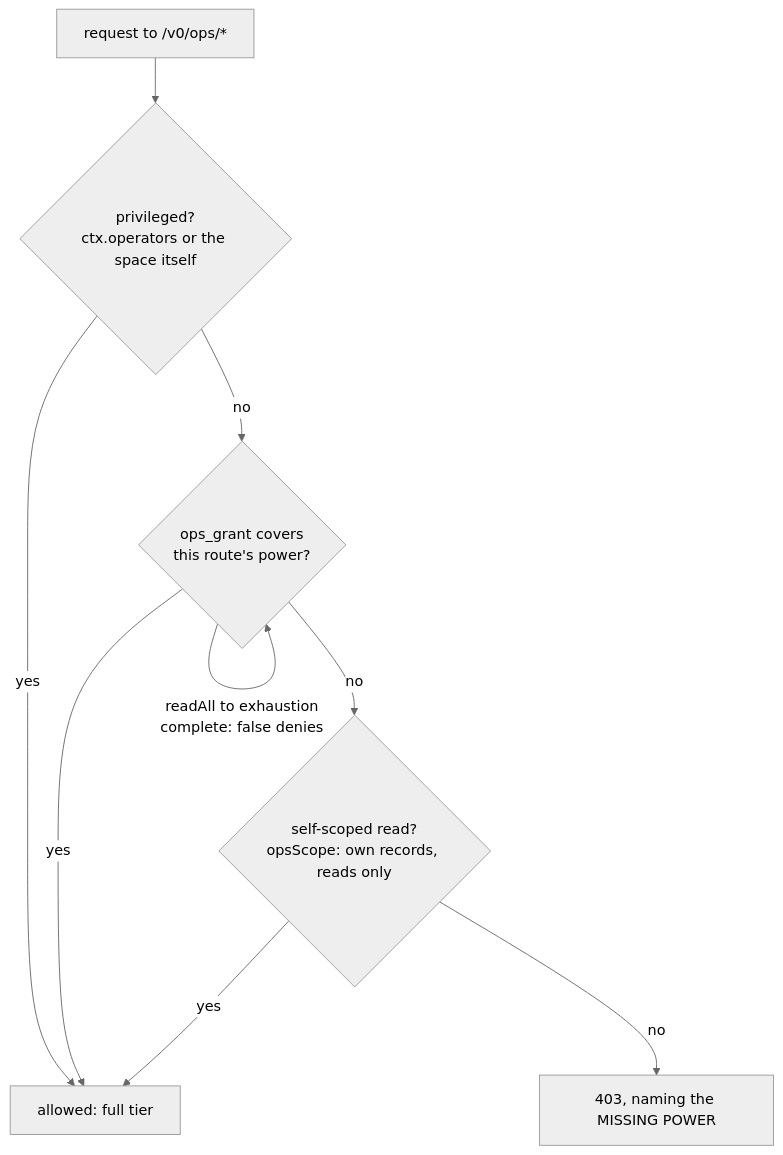
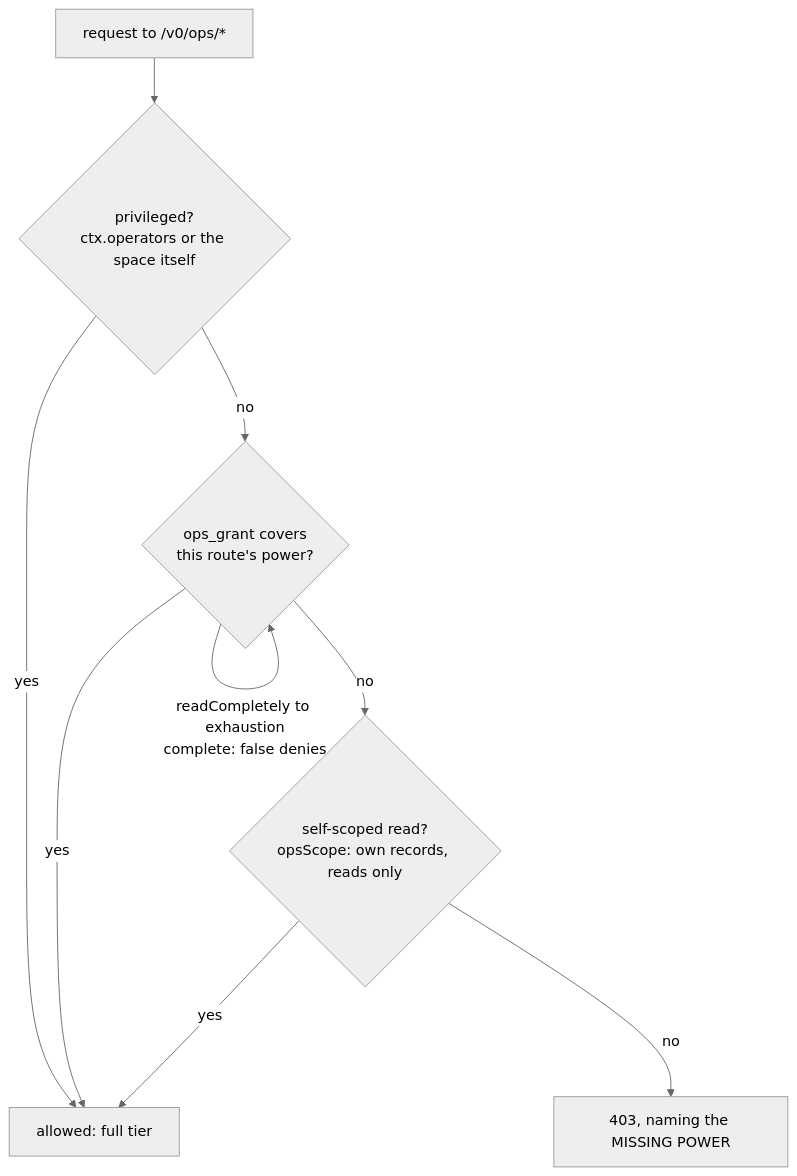
The diagram in agent_docs/architecture-ops-tiers.md (wistrand/radia), drawn with Mermaid (neutral theme) before and after one commit. The commit also changed other lines of this file and 21 other files, not shown here.

````diff
--- a/agent_docs/architecture-ops-tiers.md
+++ b/agent_docs/architecture-ops-tiers.md
@@ -83,11 +83,11 @@
 ```mermaid
 flowchart TB
     R["request to /v0/ops/*"] --> P{"privileged?<br/>ctx.operators or the space itself"}
     P -->|yes| A["allowed: full tier"]
     P -->|no| G{"ops_grant covers<br/>this route's power?"}
-    G -->|"readAll to exhaustion<br/>complete: false denies"| G
+    G -->|"readCompletely to exhaustion<br/>complete: false denies"| G
     G -->|yes| A
     G -->|no| S{"self-scoped read?<br/>opsScope: own records, reads only"}
     S -->|yes| A
     S -->|no| D["403, naming the MISSING POWER"]
 ```
````
